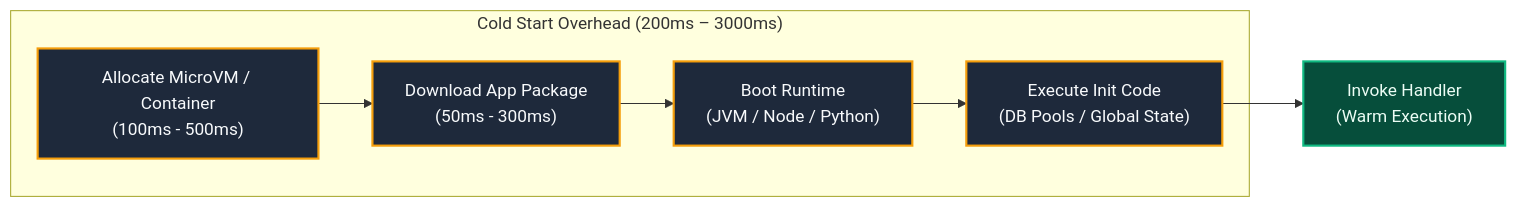
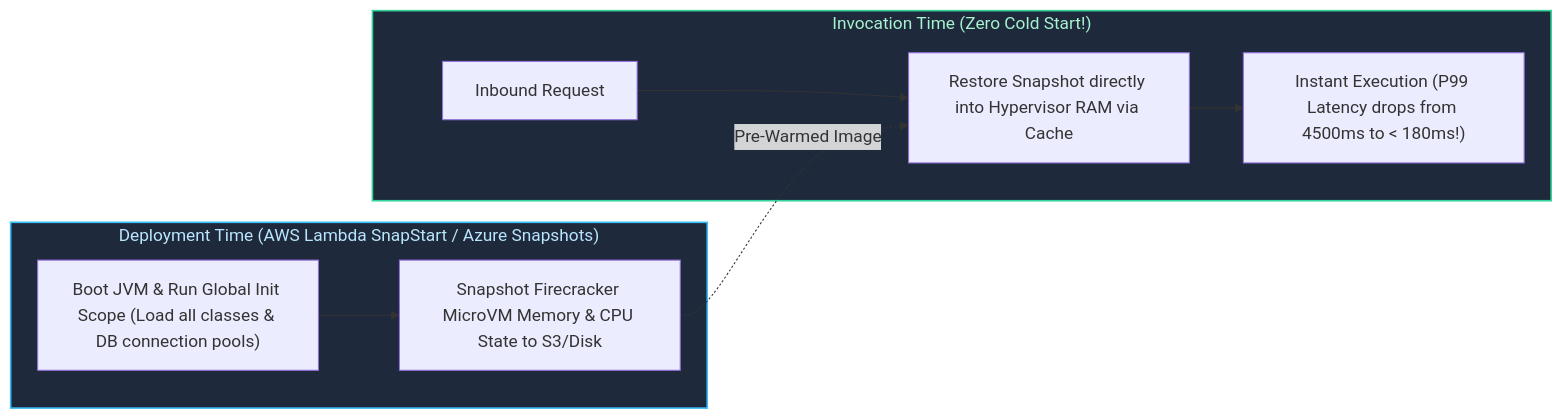
Before and after one commit to joydeep-biswas/Interview-Preparation: the fourth of 12 diagrams in Cloud Engineering/13_serverless_and_cloud_native_architecture.md, drawn with Mermaid. The commit also changed other lines of this file and 143 other files, not shown here.

````diff
--- a/Cloud Engineering/13_serverless_and_cloud_native_architecture.md
+++ b/Cloud Engineering/13_serverless_and_cloud_native_architecture.md
@@ -104,19 +209,18 @@
 ```mermaid
 flowchart LR
-    A["Allocate MicroVM / Container<br/>(100ms - 500ms)"] --> B["Download App Package<br/>(50ms - 300ms)"]
-    B --> C["Boot Runtime<br/>(JVM / Node / Python)"]
-    C --> D["Execute Init Code<br/>(DB Pools / Global State)"]
-    D --> E["Invoke Handler<br/>(Warm Execution)"]
-
-    subgraph Overhead["Cold Start Overhead (200ms – 3000ms)"]
-        A
-        B
-        C
-        D
+    subgraph BuildTime ["Deployment Time (AWS Lambda SnapStart / Azure Snapshots)"]
+        Init["Boot JVM & Run Global Init Scope (Load all classes & DB connection pools)"]
+        Snapshot["Snapshot Firecracker MicroVM Memory & CPU State to S3/Disk"]
+        Init --> Snapshot
     end
 
-    classDef cold fill:#1e293b,stroke:#f59e0b,stroke-width:2px,color:#f8fafc;
-    classDef warm fill:#064e3b,stroke:#10b981,stroke-width:2px,color:#ecfdf5;
-    class A,B,C,D cold;
-    class E warm;
+    subgraph RuntimeInvoke ["Invocation Time (Zero Cold Start!)"]
+        Req["Inbound Request"] --> Resume["Restore Snapshot directly into Hypervisor RAM via Cache"]
+        Resume --> Execute["Instant Execution (P99 Latency drops from 4500ms to < 180ms!)"]
+    end
+
+    Snapshot -.->|"Pre-Warmed Image"| Resume
+
+    style BuildTime fill:#1e293b,stroke:#38bdf8,stroke-width:1.5px,color:#bae6fd
+    style RuntimeInvoke fill:#1e293b,stroke:#34d399,stroke-width:1.5px,color:#a7f3d0
 ```
````
